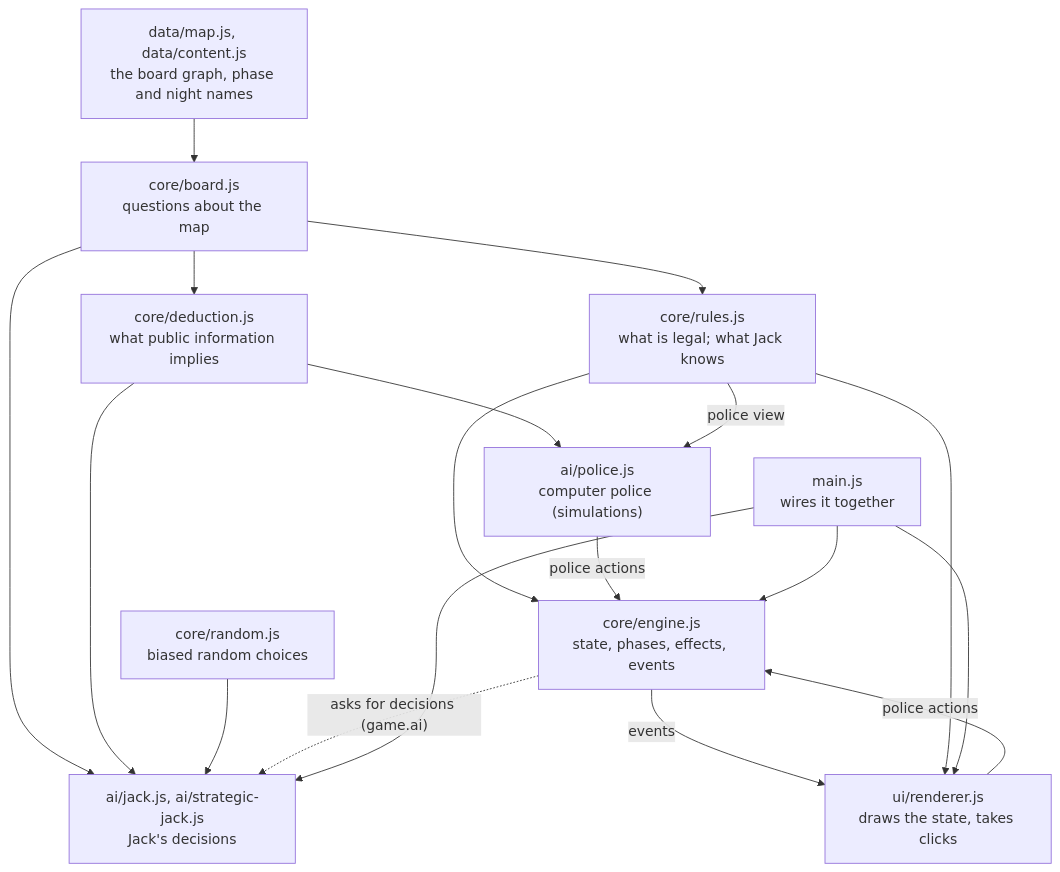
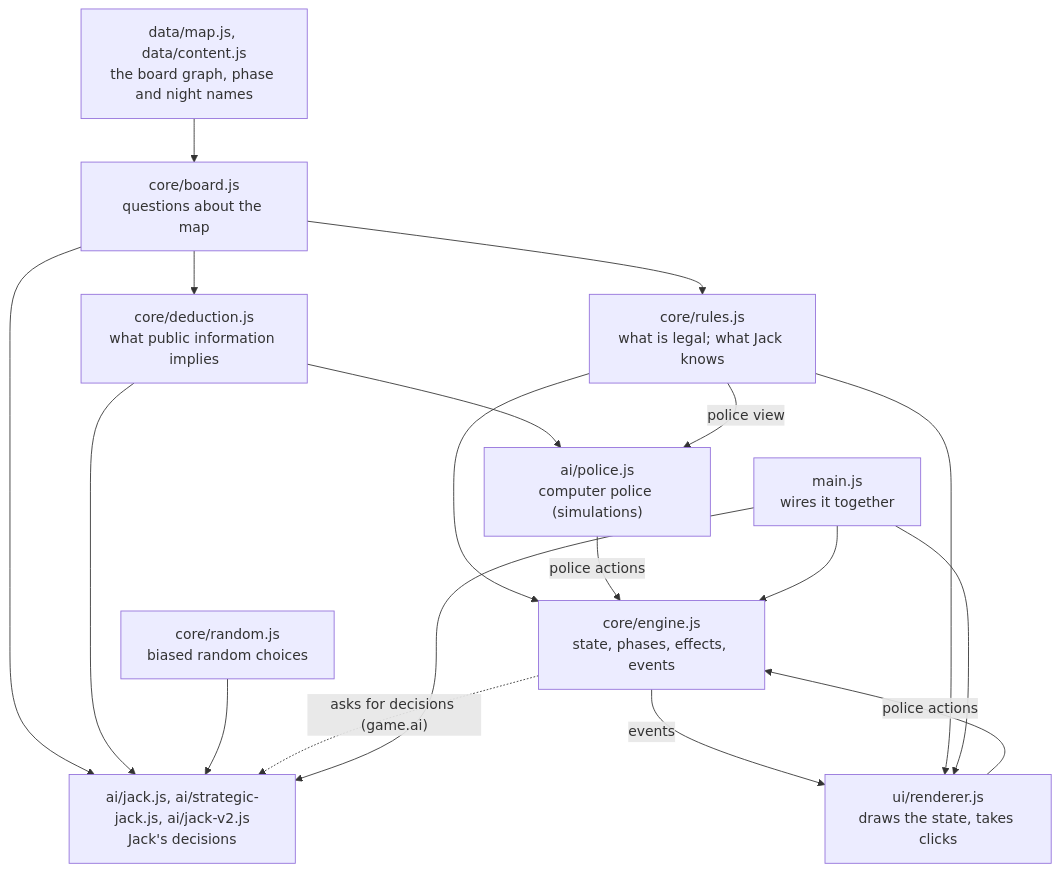
The first of 2 diagrams in docs/architecture.md (aceszhenwei/Letters-From-Whitechapel), drawn with Mermaid before and after one commit. The commit also changed other lines of this file and 37 other files, not shown here.

````diff
--- a/docs/architecture.md
+++ b/docs/architecture.md
@@ -7,31 +7,31 @@
 ```mermaid
 flowchart TD
     data["data/map.js, data/content.js<br/>the board graph, phase and night names"]
     board["core/board.js<br/>questions about the map"]
     rules["core/rules.js<br/>what is legal; what Jack knows"]
     engine["core/engine.js<br/>state, phases, effects, events"]
-    ai["ai/jack.js, ai/strategic-jack.js<br/>Jack's decisions"]
+    ai["ai/jack.js, ai/strategic-jack.js, ai/jack-v2.js<br/>Jack's decisions"]
     deduction["core/deduction.js<br/>what public information implies"]
     police["ai/police.js<br/>computer police (simulations)"]
     random["core/random.js<br/>biased random choices"]
     ui["ui/renderer.js<br/>draws the state, takes clicks"]
     main["main.js<br/>wires it together"]
 
     data --> board
     board --> rules
     rules --> engine
     board --> ai
     board --> deduction
     deduction --> ai
     deduction --> police
     rules -- "police view" --> police
     police -- "police actions" --> engine
     random --> ai
     engine -. "asks for decisions (game.ai)" .-> ai
     engine -- "events" --> ui
     ui -- "police actions" --> engine
     rules --> ui
     main --> engine
     main --> ai
     main --> ui
 ```
````
